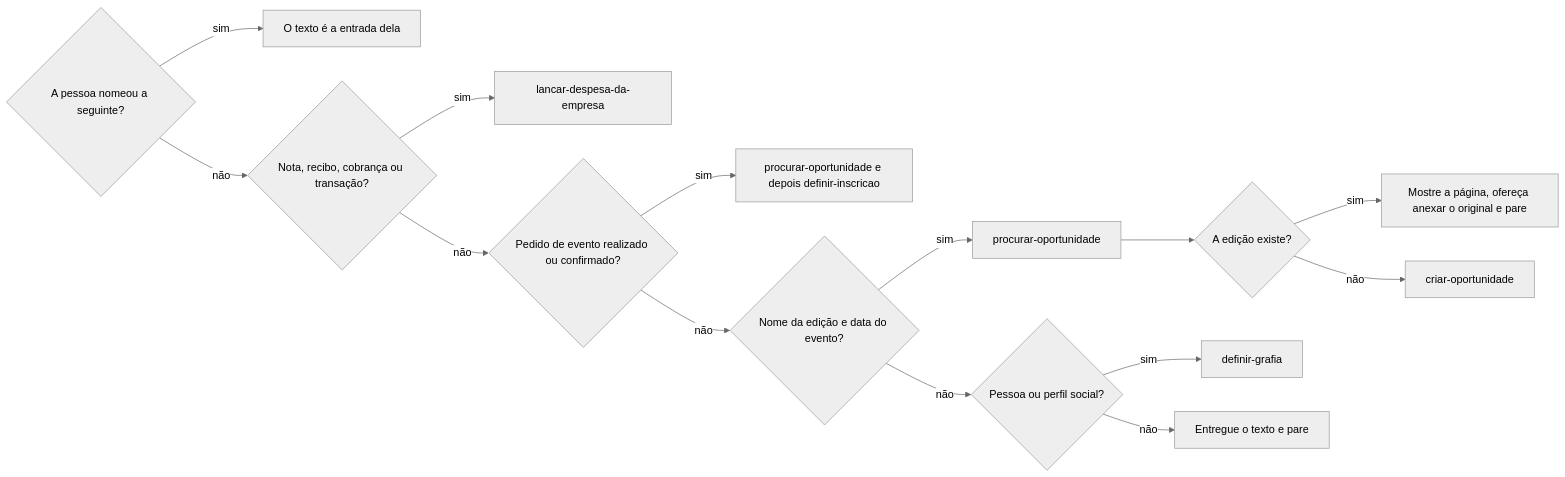
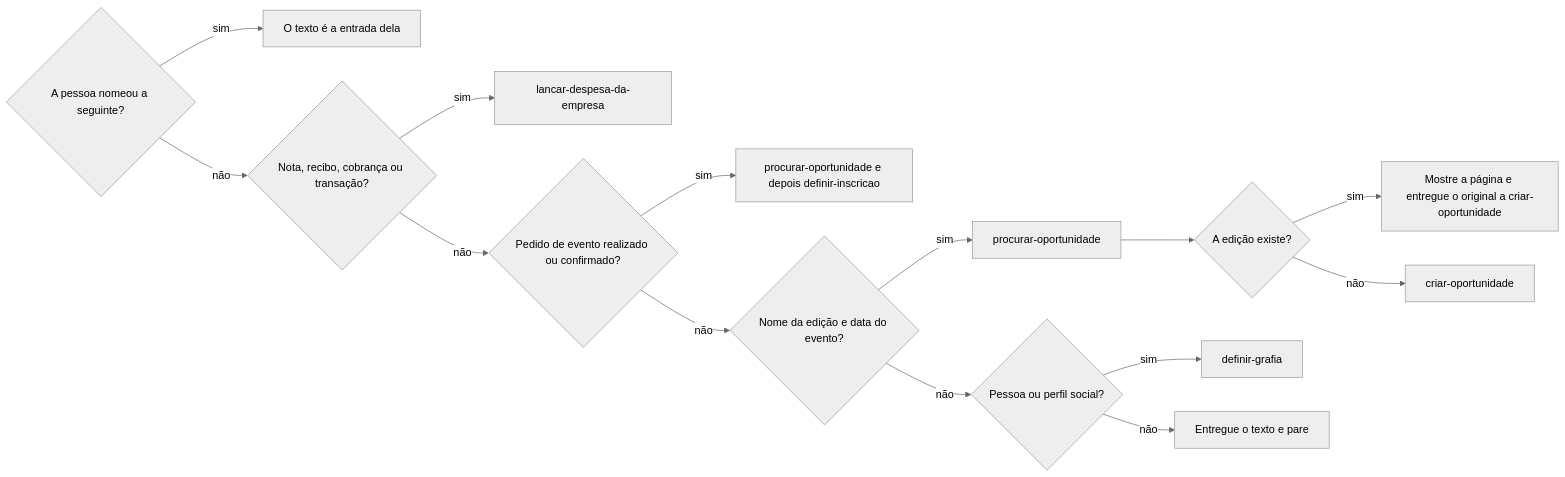
Before and after one commit to jimmyandrade/harness: the first of 2 diagrams in .agents/skills/reconhecer-imagem/SKILL.md, drawn with Mermaid (neutral theme). The commit also changed other lines of this file and 1 other file, not shown here.

````diff
--- a/.agents/skills/reconhecer-imagem/SKILL.md
+++ b/.agents/skills/reconhecer-imagem/SKILL.md
@@ -49,16 +49,16 @@
 ```mermaid
 flowchart LR
   A{A pessoa nomeou a seguinte?} -->|sim| B[O texto é a entrada dela]
   A -->|não| M{Nota, recibo, cobrança ou transação?}
   M -->|sim| N[lancar-despesa-da-empresa]
   M -->|não| C{Pedido de evento realizado ou confirmado?}
   C -->|sim| D[procurar-oportunidade e depois definir-inscricao]
   C -->|não| E{Nome da edição e data do evento?}
   E -->|sim| F[procurar-oportunidade]
   F --> J{A edição existe?}
-  J -->|sim| K[Mostre a página, ofereça anexar o original e pare]
+  J -->|sim| K[Mostre a página e entregue o original a criar-oportunidade]
   J -->|não| L[criar-oportunidade]
   E -->|não| H{Pessoa ou perfil social?}
   H -->|sim| I[definir-grafia]
   H -->|não| G[Entregue o texto e pare]
 ```
````
